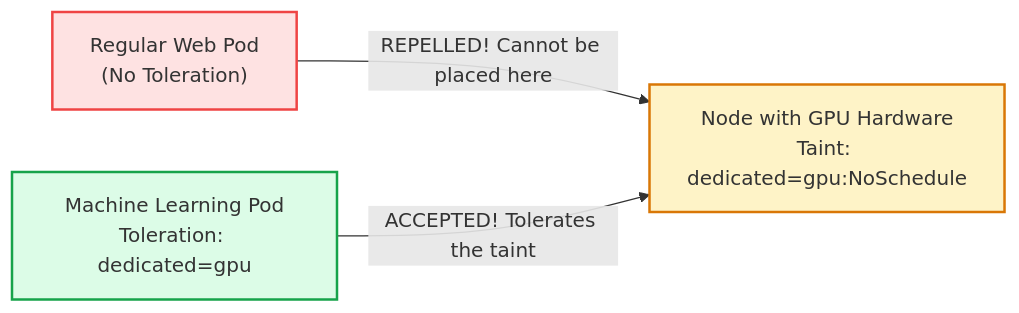
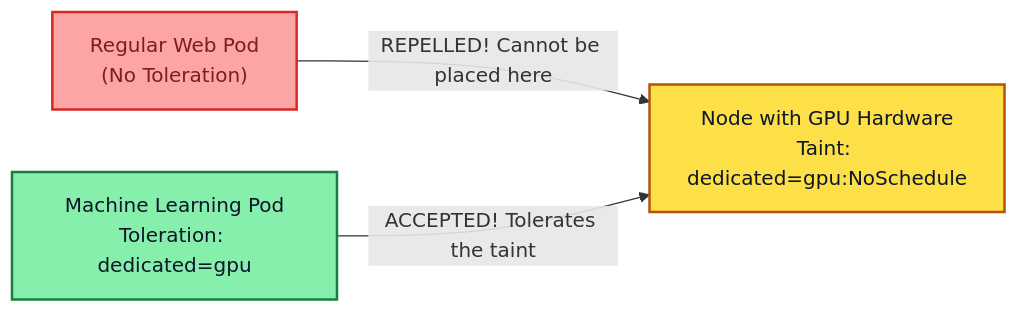
The fourth of 4 diagrams in 02-Kubernetes/02-Workloads-and-Scheduling.md (PandeyKishan/Study-Notes), drawn with Mermaid before and after one commit. The commit also changed other lines of this file and 22 other files, not shown here.

Commit message:
docs: enhance diagram visibility with high-contrast palette and add concise book definitions

````diff
--- a/02-Kubernetes/02-Workloads-and-Scheduling.md
+++ b/02-Kubernetes/02-Workloads-and-Scheduling.md
@@ -168,13 +197,13 @@
 ```mermaid
 flowchart LR
     NodeGPU["Node with GPU Hardware\nTaint: dedicated=gpu:NoSchedule"]
     PodWeb["Regular Web Pod\n(No Toleration)"]
     PodML["Machine Learning Pod\nToleration: dedicated=gpu"]
 
     PodWeb -->|REPELLED! Cannot be placed here| NodeGPU
     PodML -->|ACCEPTED! Tolerates the taint| NodeGPU
 
-    style NodeGPU fill:#fef3c7,stroke:#d97706,stroke-width:2px
-    style PodWeb fill:#fee2e2,stroke:#ef4444,stroke-width:2px
-    style PodML fill:#dcfce7,stroke:#16a34a,stroke-width:2px
+    style NodeGPU fill:#fde047,stroke:#b45309,stroke-width:2px,color:#0f172a
+    style PodWeb fill:#fca5a5,stroke:#dc2626,stroke-width:2px,color:#7f1d1d
+    style PodML fill:#86efac,stroke:#15803d,stroke-width:2px,color:#0f172a
 ```
````
